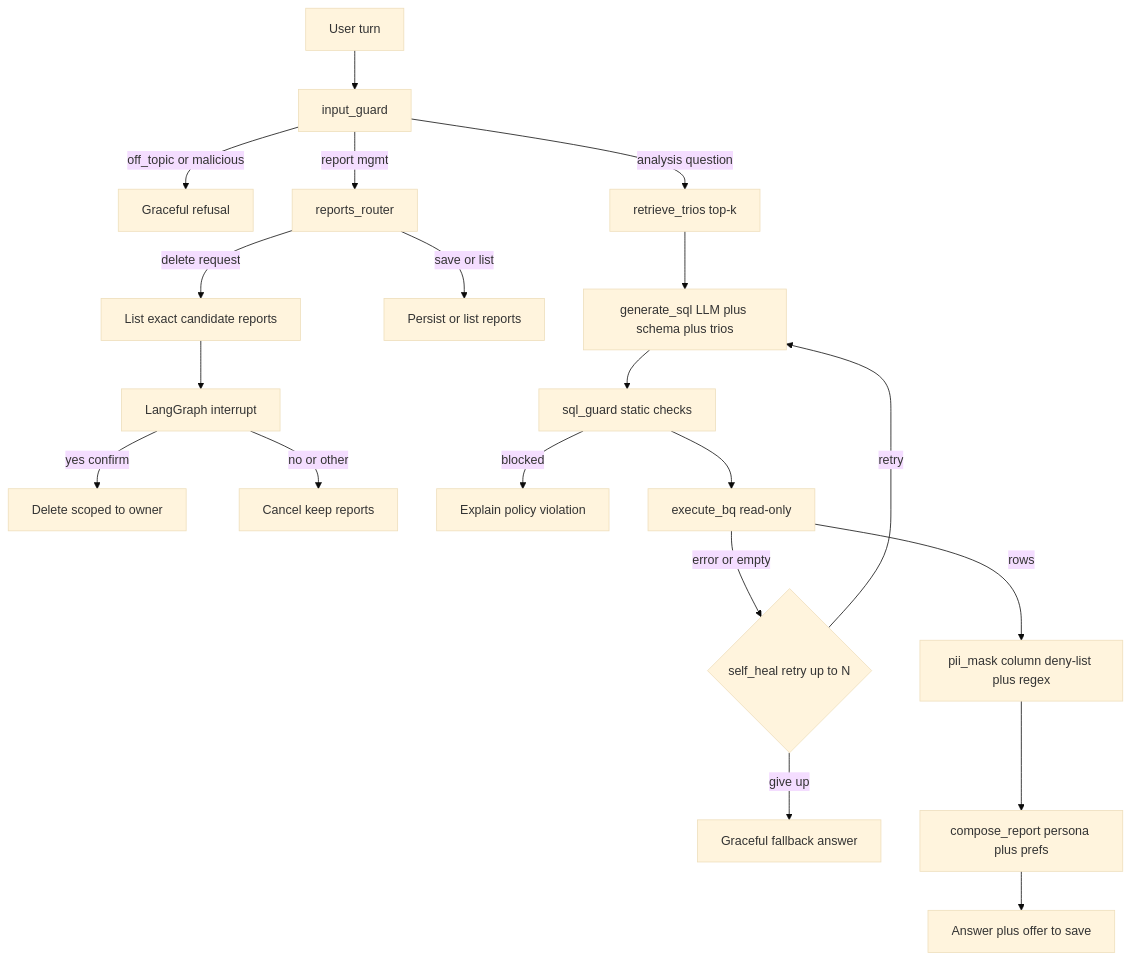
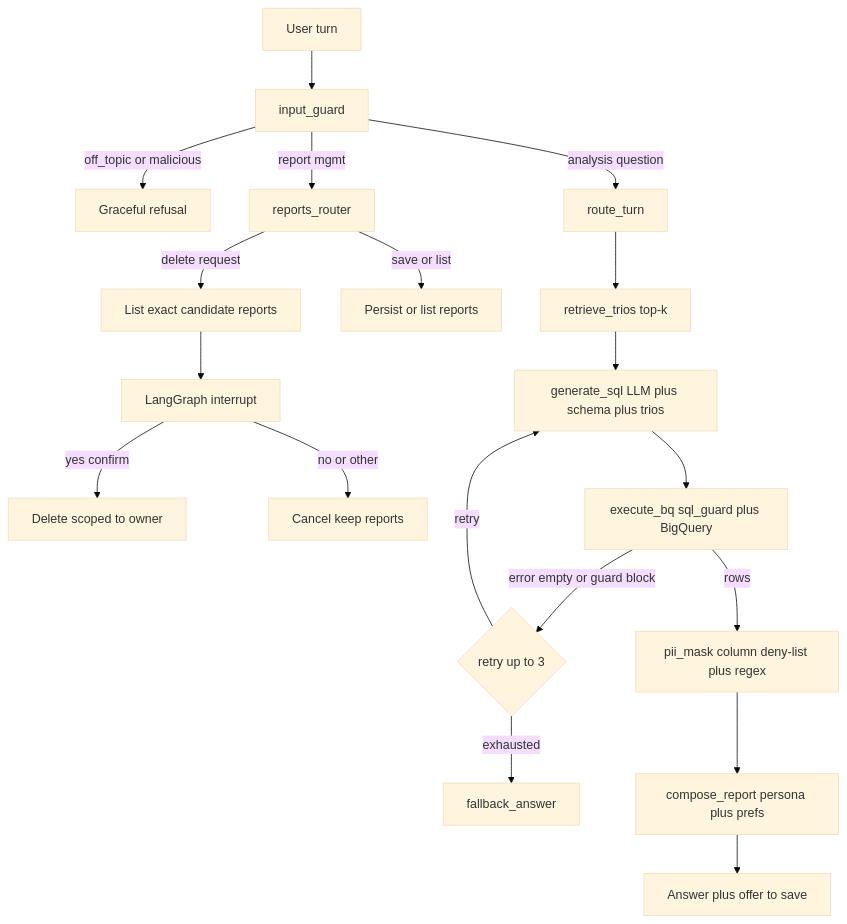
One commit to webboy/opsfleet-retail-company-ai changed the second of 3 diagrams in docs/ARCHITECTURE.md. Above: the diagram before and after it, drawn with Mermaid (base theme). The commit also changed other lines of this file and 6 other files, not shown here.

````diff
--- a/docs/ARCHITECTURE.md
+++ b/docs/ARCHITECTURE.md
@@ -129,22 +129,21 @@
 ```mermaid
 flowchart TD
     Turn[User turn] --> Guard[input_guard]
     Guard -->|off_topic or malicious| Refuse[Graceful refusal]
     Guard -->|report mgmt| RepRoute[reports_router]
     RepRoute -->|delete request| ListCandidates[List exact candidate reports]
     ListCandidates --> Interrupt[LangGraph interrupt]
     Interrupt -->|yes confirm| DeleteOwn[Delete scoped to owner]
     Interrupt -->|no or other| Cancel[Cancel keep reports]
     RepRoute -->|save or list| RepAction[Persist or list reports]
-    Guard -->|analysis question| Retrieve[retrieve_trios top-k]
+    Guard -->|analysis question| RouteTurn[route_turn]
+    RouteTurn --> Retrieve[retrieve_trios top-k]
     Retrieve --> SQLGen[generate_sql LLM plus schema plus trios]
-    SQLGen --> Lint[sql_guard static checks]
-    Lint -->|blocked| Apology1[Explain policy violation]
-    Lint --> Exec[execute_bq read-only]
-    Exec -->|error or empty| Heal{self_heal retry up to N}
+    SQLGen --> Exec[execute_bq sql_guard plus BigQuery]
+    Exec -->|error empty or guard block| Heal{retry up to 3}
     Heal -->|retry| SQLGen
-    Heal -->|give up| Apology2[Graceful fallback answer]
+    Heal -->|exhausted| Apology[fallback_answer]
     Exec -->|rows| Mask[pii_mask column deny-list plus regex]
     Mask --> Report[compose_report persona plus prefs]
     Report --> Out[Answer plus offer to save]
 ```
````
